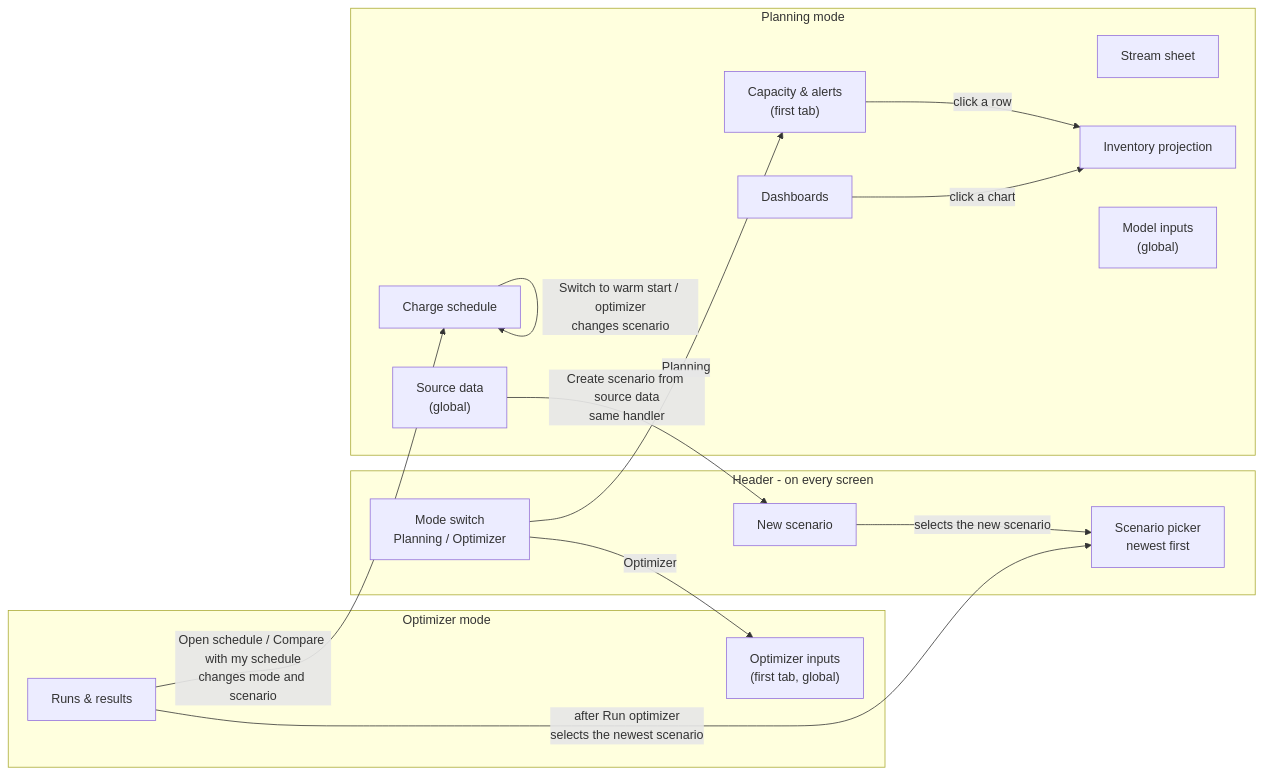
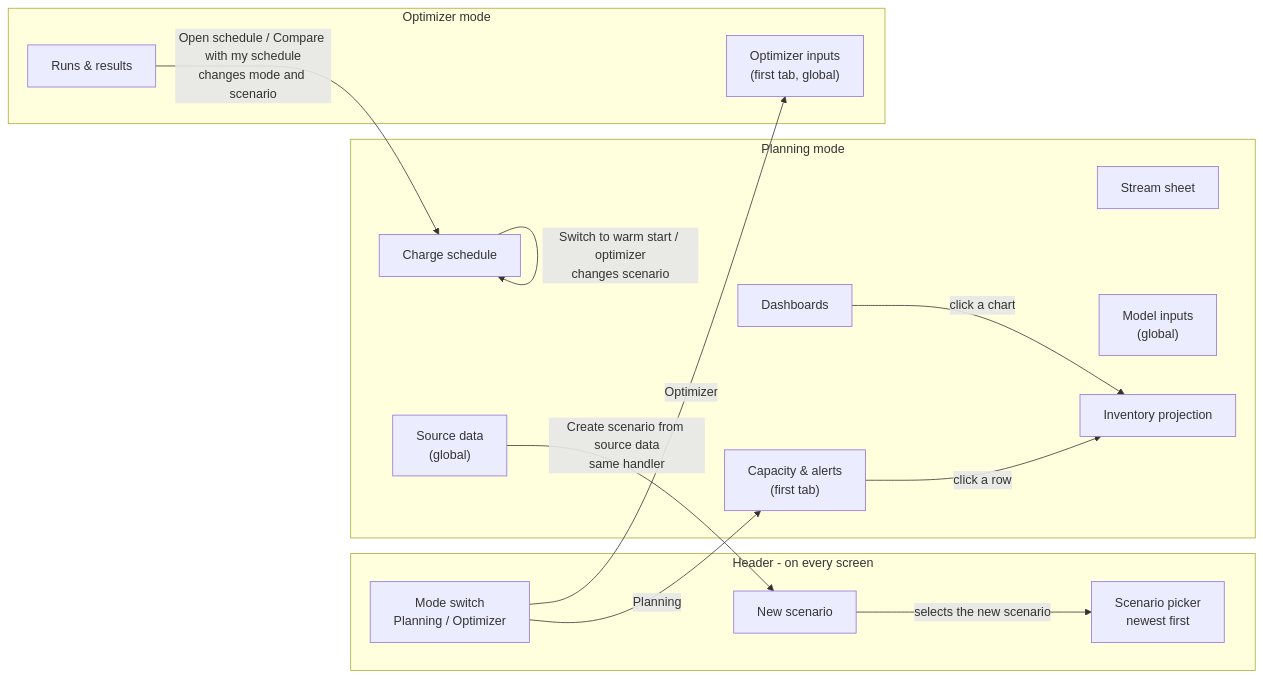
One commit to Mspagnolo27248/mip-solver-python changed the first of 2 diagrams in .claude/skills/ui-ux-audit/ui-flow.md. Above: the diagram before and after it, drawn with Mermaid. The commit also changed other lines of this file and 5 other files, not shown here.

First line of the commit message:
Run one optimizer run at a time, and keep a rejected schedule out of the workbook

````diff
--- a/.claude/skills/ui-ux-audit/ui-flow.md
+++ b/.claude/skills/ui-ux-audit/ui-flow.md
@@ -63,33 +63,32 @@
 ```mermaid
 flowchart LR
   subgraph Header["Header - on every screen"]
     MODE["Mode switch<br/>Planning / Optimizer"]
     PICK["Scenario picker<br/>newest first"]
     NEW["New scenario"]
   end
 
   subgraph P["Planning mode"]
     ALERTS["Capacity & alerts<br/>(first tab)"]
     DASH["Dashboards"]
     STREAM["Stream sheet"]
     PROJ["Inventory projection"]
     SCHED["Charge schedule"]
     FEEDS["Source data<br/>(global)"]
     REF["Model inputs<br/>(global)"]
   end
 
   subgraph O["Optimizer mode"]
     PARAMS["Optimizer inputs<br/>(first tab, global)"]
     RUNS["Runs & results"]
   end
 
   MODE -- "Planning" --> ALERTS
   MODE -- "Optimizer" --> PARAMS
   ALERTS -- "click a row" --> PROJ
   DASH -- "click a chart" --> PROJ
   RUNS -- "Open schedule / Compare with my schedule<br/>changes mode and scenario" --> SCHED
   SCHED -- "Switch to warm start / optimizer<br/>changes scenario" --> SCHED
   FEEDS -- "Create scenario from source data<br/>same handler" --> NEW
   NEW -- "selects the new scenario" --> PICK
-  RUNS -- "after Run optimizer<br/>selects the newest scenario" --> PICK
 ```
````
